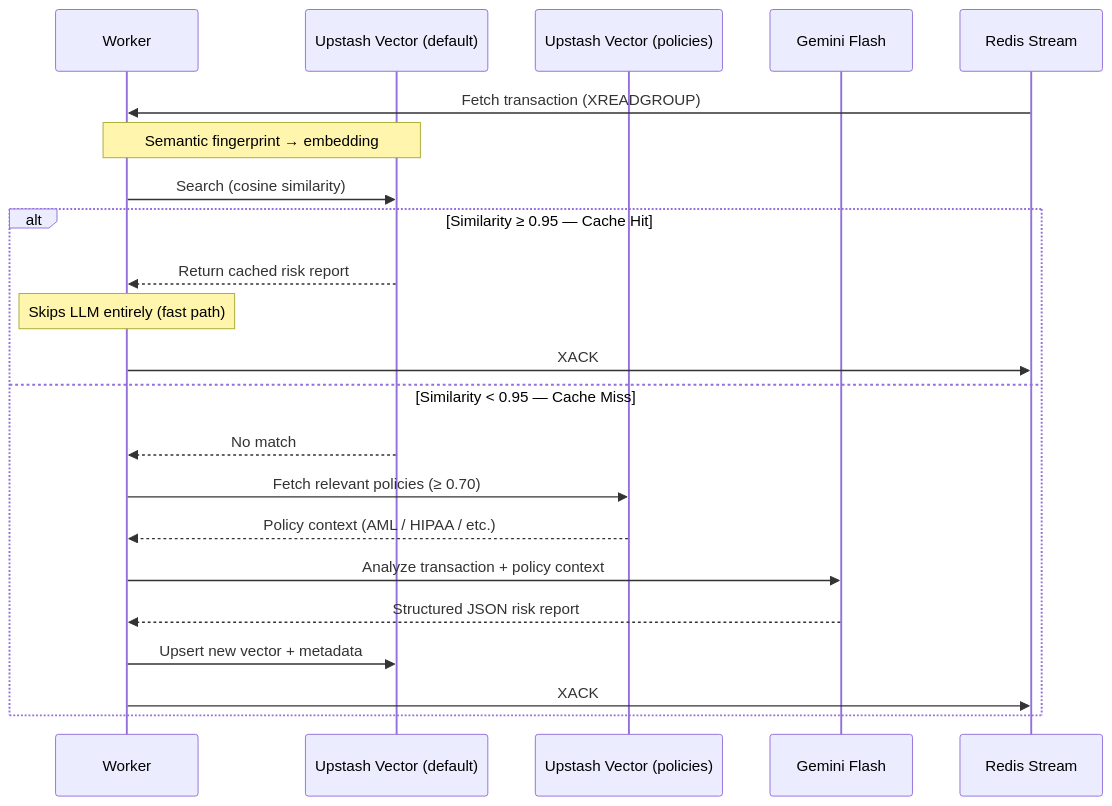
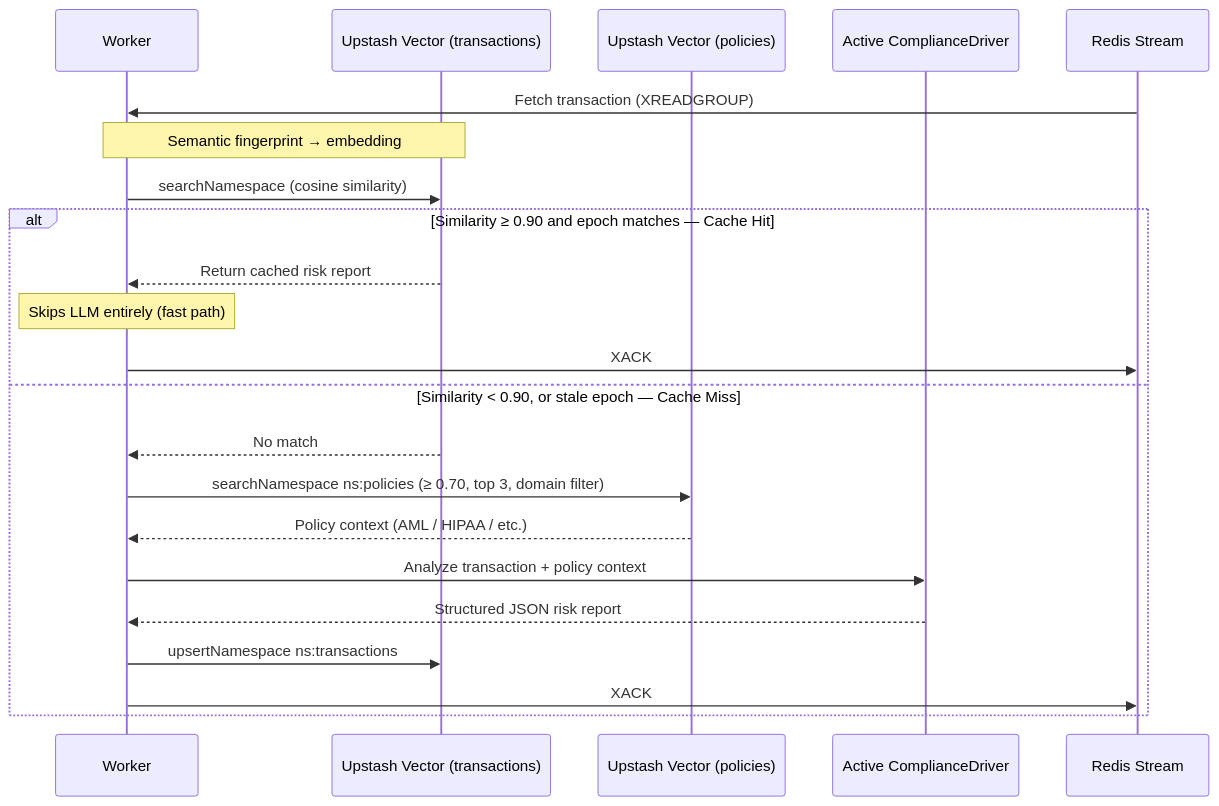
The fourth of 4 diagrams in docs/diagrams/TRANSACTION_PIPELINE.md (obrienma/sentinel-l7), drawn with Mermaid before and after one commit. The commit also changed other lines of this file and 2 other files, not shown here.

````diff
--- a/docs/diagrams/TRANSACTION_PIPELINE.md
+++ b/docs/diagrams/TRANSACTION_PIPELINE.md
@@ -71,29 +104,29 @@
 ```mermaid
 sequenceDiagram
     participant W as Worker
-    participant V as Upstash Vector (default)
+    participant V as Upstash Vector (transactions)
     participant P as Upstash Vector (policies)
-    participant G as Gemini Flash
+    participant M as Active ComplianceDriver
     participant S as Redis Stream
 
     S->>W: Fetch transaction (XREADGROUP)
 
     Note over W,V: Semantic fingerprint → embedding
-    W->>V: Search (cosine similarity)
+    W->>V: searchNamespace (cosine similarity)
 
-    alt Similarity ≥ 0.95 — Cache Hit
+    alt Similarity ≥ 0.90 and epoch matches — Cache Hit
         V-->>W: Return cached risk report
         Note over W: Skips LLM entirely (fast path)
         W->>S: XACK
-    else Similarity < 0.95 — Cache Miss
+    else Similarity < 0.90, or stale epoch — Cache Miss
         V-->>W: No match
-        W->>P: Fetch relevant policies (≥ 0.70)
+        W->>P: searchNamespace ns:policies (≥ 0.70, top 3, domain filter)
         P-->>W: Policy context (AML / HIPAA / etc.)
 
-        W->>G: Analyze transaction + policy context
-        G-->>W: Structured JSON risk report
+        W->>M: Analyze transaction + policy context
+        M-->>W: Structured JSON risk report
 
-        W->>V: Upsert new vector + metadata
+        W->>V: upsertNamespace ns:transactions
         W->>S: XACK
     end
 ```
````
